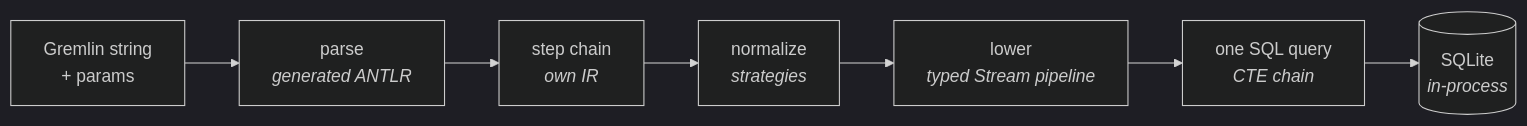
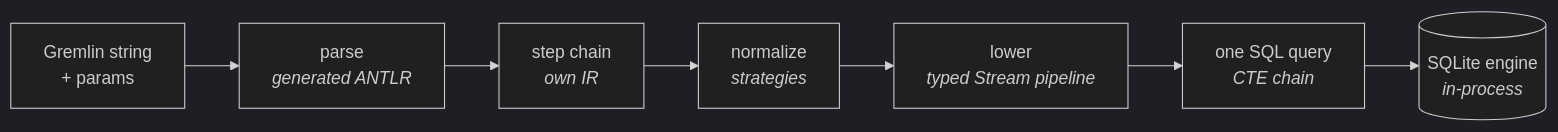
Before and after one commit to bodar/mogwai-db: the diagram in README.md, drawn with Mermaid (dark theme). The commit also changed other lines of this file, not shown here.

First line of the commit message:
docs(readme): reframe as native multi-platform; SQLite is the engine

````diff
--- a/README.md
+++ b/README.md
@@ -39,9 +47,9 @@
 ```mermaid
 flowchart LR
   G["Gremlin string<br/>+ params"] --> P["parse<br/><i>generated ANTLR</i>"]
   P --> IR["step chain<br/><i>own IR</i>"]
   IR --> N["normalize<br/><i>strategies</i>"]
   N --> L["lower<br/><i>typed Stream pipeline</i>"]
   L --> Q["one SQL query<br/><i>CTE chain</i>"]
-  Q --> DB[("SQLite<br/><i>in-process</i>")]
+  Q --> DB[("SQLite engine<br/><i>in-process</i>")]
 ```
````
